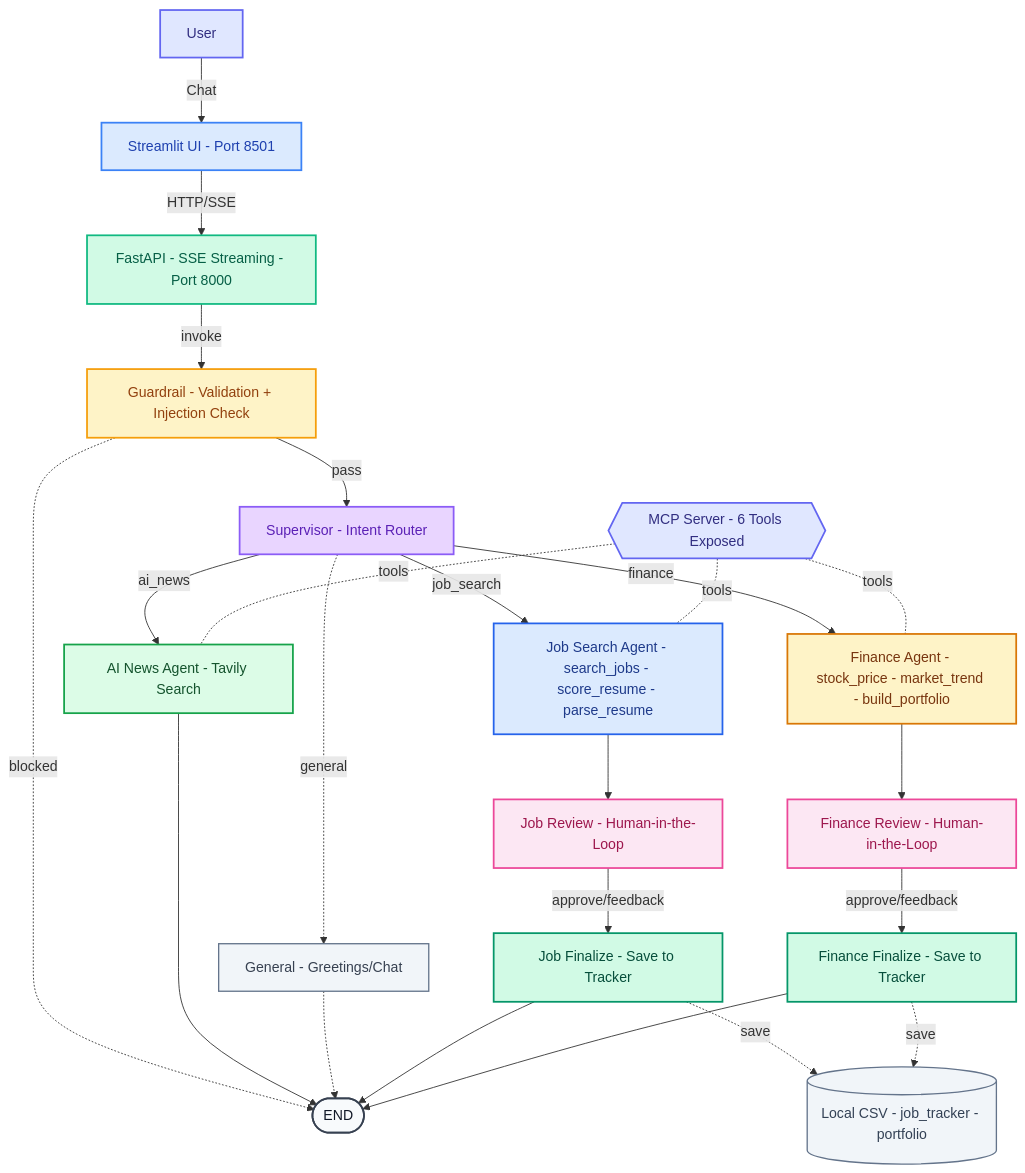
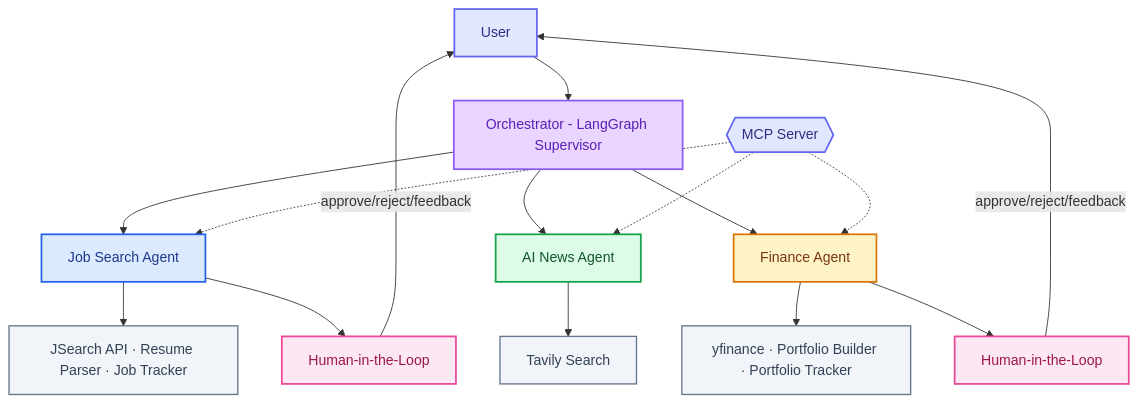
One commit to SiddardhaPolineni/Agent-Nexus changed the diagram in README.md. Above: the diagram before and after it, drawn with Mermaid.

Commit message:
Agent-Nexus

````diff
--- a/README.md
+++ b/README.md
@@ -15,62 +15,38 @@
 ```mermaid
 graph TD
     classDef user fill:#e0e7ff,stroke:#6366f1,stroke-width:2px,color:#312e81
-    classDef frontend fill:#dbeafe,stroke:#3b82f6,stroke-width:2px,color:#1e40af
-    classDef backend fill:#d1fae5,stroke:#10b981,stroke-width:2px,color:#065f46
-    classDef guard fill:#fef3c7,stroke:#f59e0b,stroke-width:2px,color:#92400e
-    classDef supervisor fill:#e9d5ff,stroke:#8b5cf6,stroke-width:2px,color:#5b21b6
+    classDef orchestrator fill:#e9d5ff,stroke:#8b5cf6,stroke-width:2px,color:#5b21b6
     classDef jobagent fill:#dbeafe,stroke:#2563eb,stroke-width:2px,color:#1e3a8a
     classDef newsagent fill:#dcfce7,stroke:#16a34a,stroke-width:2px,color:#14532d
     classDef financeagent fill:#fef3c7,stroke:#d97706,stroke-width:2px,color:#78350f
+    classDef tools fill:#f1f5f9,stroke:#64748b,stroke-width:1.5px,color:#334155
     classDef hitl fill:#fce7f3,stroke:#ec4899,stroke-width:2px,color:#9d174d
-    classDef finalize fill:#d1fae5,stroke:#059669,stroke-width:2px,color:#064e3b
-    classDef storage fill:#f1f5f9,stroke:#64748b,stroke-width:1.5px,color:#334155
     classDef mcp fill:#e0e7ff,stroke:#6366f1,stroke-width:2px,color:#312e81
-    classDef general fill:#f1f5f9,stroke:#64748b,stroke-width:1.5px,color:#374151
-    classDef endnode fill:#f8fafc,stroke:#374151,stroke-width:2px,color:#111827
 
     U[User]:::user
-    ST[Streamlit UI - Port 8501]:::frontend
-    API[FastAPI - SSE Streaming - Port 8000]:::backend
-    GR[Guardrail - Validation + Injection Check]:::guard
-    SUP[Supervisor - Intent Router]:::supervisor
-    GEN[General - Greetings/Chat]:::general
-    JA[Job Search Agent - search_jobs - score_resume - parse_resume]:::jobagent
-    NA[AI News Agent - Tavily Search]:::newsagent
-    FA[Finance Agent - stock_price - market_trend - build_portfolio]:::financeagent
-    JH[Job Review - Human-in-the-Loop]:::hitl
-    FH[Finance Review - Human-in-the-Loop]:::hitl
-    JF[Job Finalize - Save to Tracker]:::finalize
-    FF[Finance Finalize - Save to Tracker]:::finalize
-    CSV[(Local CSV - job_tracker - portfolio)]:::storage
-    MCP{{MCP Server - 6 Tools Exposed}}:::mcp
-    END([END]):::endnode
+    O[Orchestrator - LangGraph Supervisor]:::orchestrator
+    JA[Job Search Agent]:::jobagent
+    NA[AI News Agent]:::newsagent
+    FA[Finance Agent]:::financeagent
+    JT[JSearch API · Resume Parser · Job Tracker]:::tools
+    NT[Tavily Search]:::tools
+    FT[yfinance · Portfolio Builder · Portfolio Tracker]:::tools
+    JH[Human-in-the-Loop]:::hitl
+    FH[Human-in-the-Loop]:::hitl
+    MCP{{MCP Server}}:::mcp
 
-    U -->|Chat| ST
-    ST -->|HTTP/SSE| API
-    API -->|invoke| GR
-    GR -->|pass| SUP
-    GR -.->|blocked| END
-
-    SUP -->|job_search| JA
-    SUP -->|ai_news| NA
-    SUP -->|finance| FA
-    SUP -.->|general| GEN
-
+    U --> O
+    O --> JA
+    O --> NA
+    O --> FA
+    JA --> JT
     JA --> JH
-    NA --> END
+    NA --> NT
+    FA --> FT
     FA --> FH
-    GEN -.-> END
-
-    JH -->|approve/feedback| JF
-    FH -->|approve/feedback| FF
-
-    JF --> END
-    FF --> END
-    JF -.->|save| CSV
-    FF -.->|save| CSV
-
-    MCP -.-|tools| JA
-    MCP -.-|tools| NA
-    MCP -.-|tools| FA
+    JH -->|approve/reject/feedback| U
+    FH -->|approve/reject/feedback| U
+    MCP -.-> JA
+    MCP -.-> NA
+    MCP -.-> FA
 ```
````
